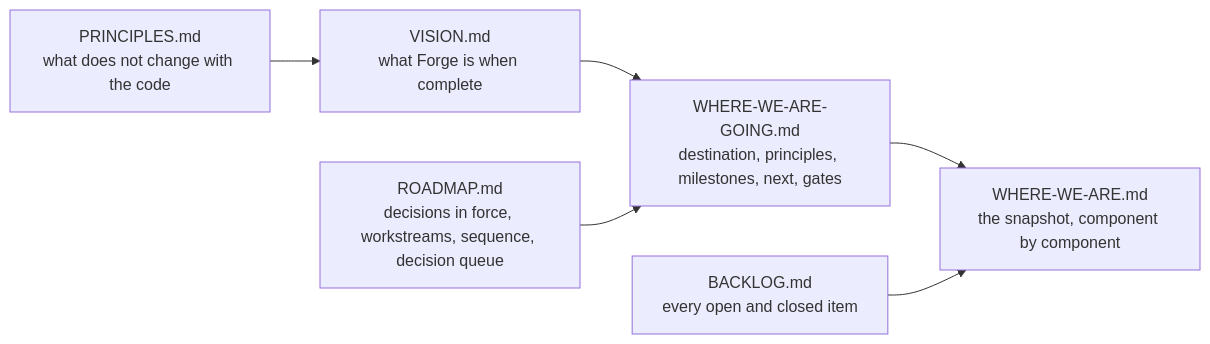
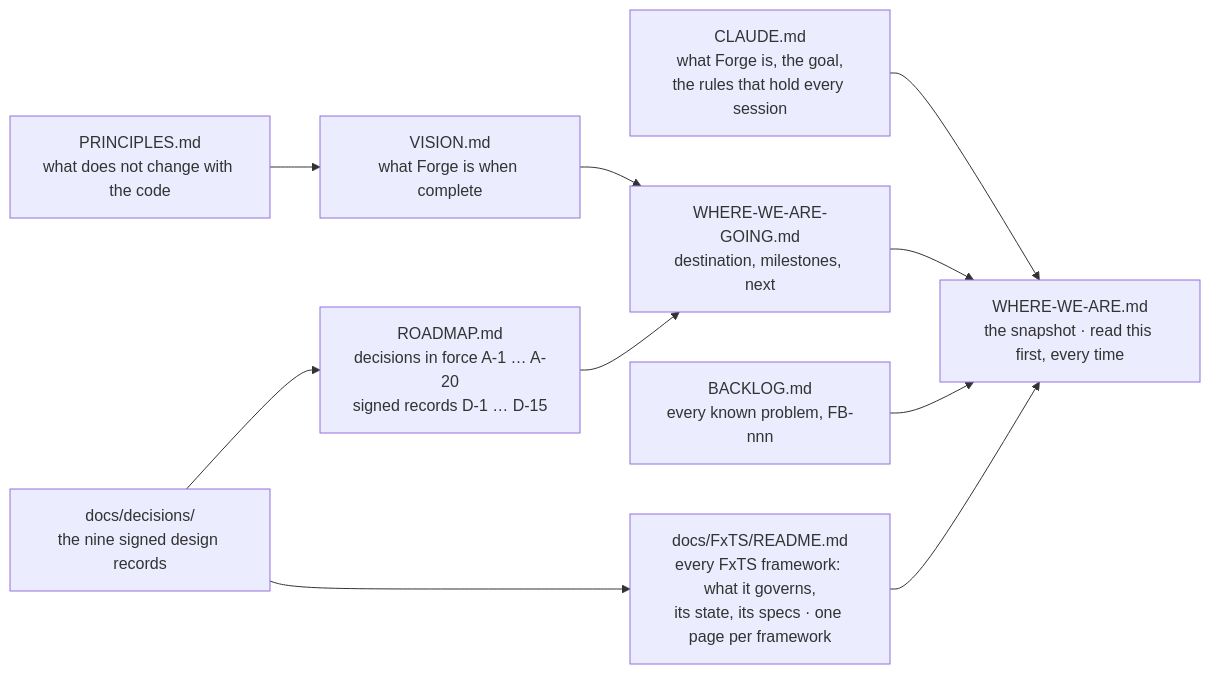
Before and after one commit to reh3376/forge: the second of 24 diagrams in docs/tutorial.md, drawn with Mermaid. The commit also changed other lines of this file and 9 other files, not shown here.

````diff
--- a/docs/tutorial.md
+++ b/docs/tutorial.md
@@ -206,8 +297,12 @@
 ```mermaid
 flowchart LR
-  V["VISION.md<br/>what Forge is when complete"] --> G["WHERE-WE-ARE-GOING.md<br/>destination, principles, milestones, next, gates"]
-  G --> W["WHERE-WE-ARE.md<br/>the snapshot, component by component"]
-  R["ROADMAP.md<br/>decisions in force, workstreams, sequence, decision queue"] --> G
-  B["BACKLOG.md<br/>every open and closed item"] --> W
+  C["CLAUDE.md<br/>what Forge is, the goal,<br/>the rules that hold every session"] --> W
+  V["VISION.md<br/>what Forge is when complete"] --> G["WHERE-WE-ARE-GOING.md<br/>destination, milestones, next"]
+  G --> W["WHERE-WE-ARE.md<br/>the snapshot · read this first, every time"]
+  R["ROADMAP.md<br/>decisions in force A-1 … A-20<br/>signed records D-1 … D-15"] --> G
+  DR["docs/decisions/<br/>the nine signed design records"] --> R
+  B["BACKLOG.md<br/>every known problem, FB-nnn"] --> W
   P["PRINCIPLES.md<br/>what does not change with the code"] --> V
+  F["docs/FxTS/README.md<br/>every FxTS framework: what it governs,<br/>its state, its specs · one page per framework"] --> W
+  DR --> F
 ```
````
